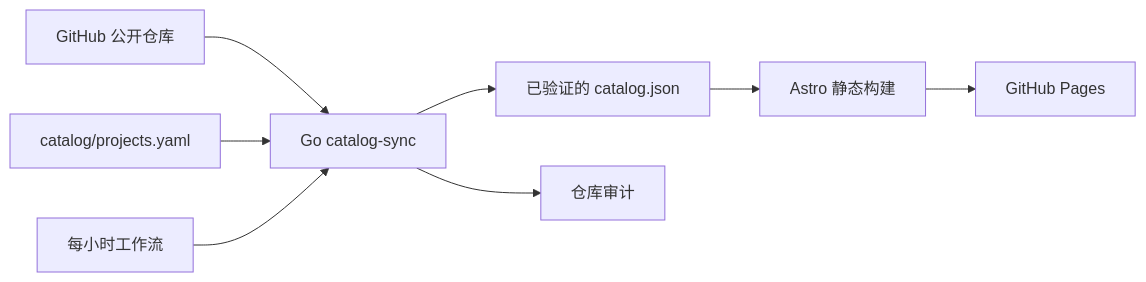
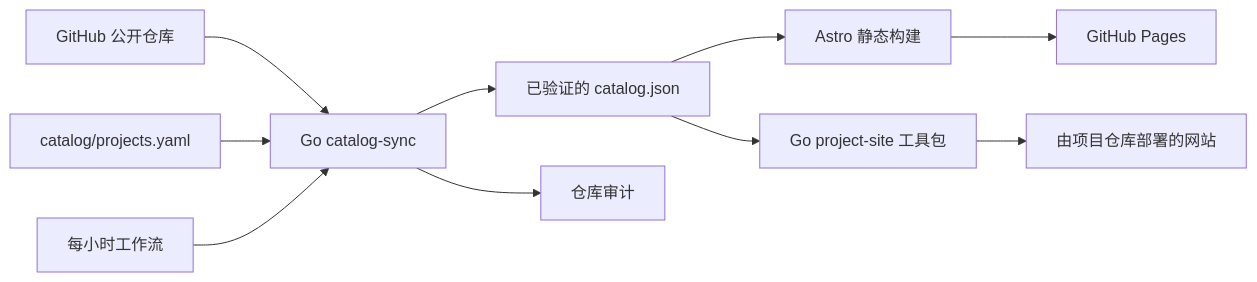
Before and after one commit to rekurt/rekurt.github.io: the diagram in README.zh-CN.md, drawn with Mermaid. The commit also changed other lines of this file and 8 other files, not shown here.

Commit message:
feat(site-kit): publish reusable project pages pipeline

````diff
--- a/README.zh-CN.md
+++ b/README.zh-CN.md
@@ -11,10 +11,12 @@
 ```mermaid
 flowchart LR
   GH[GitHub 公开仓库] --> SYNC[Go catalog-sync]
   YAML[catalog/projects.yaml] --> SYNC
   SYNC --> JSON[已验证的 catalog.json]
   SYNC --> AUDIT[仓库审计]
   JSON --> ASTRO[Astro 静态构建]
   ASTRO --> PAGES[GitHub Pages]
+  JSON --> KIT[Go project-site 工具包]
+  KIT --> CHILD[由项目仓库部署的网站]
   CRON[每小时工作流] --> SYNC
 ```
````
